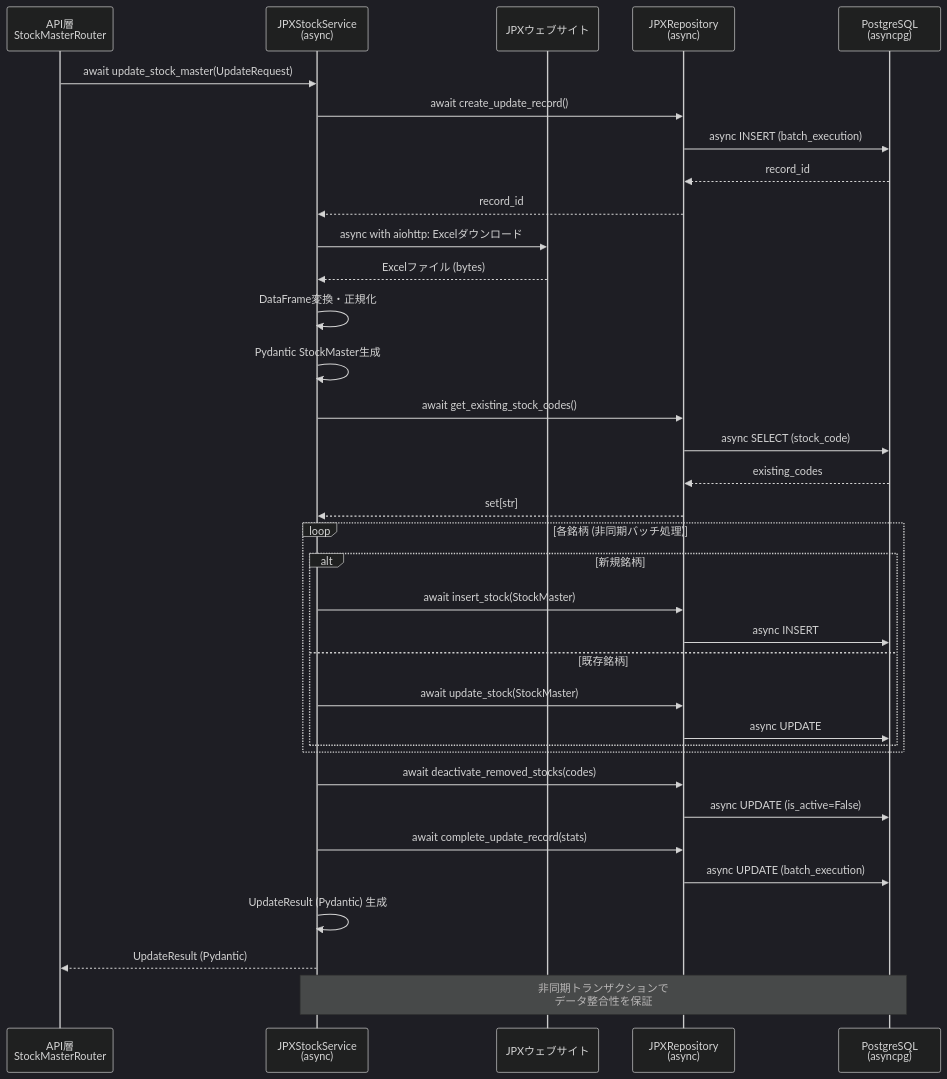
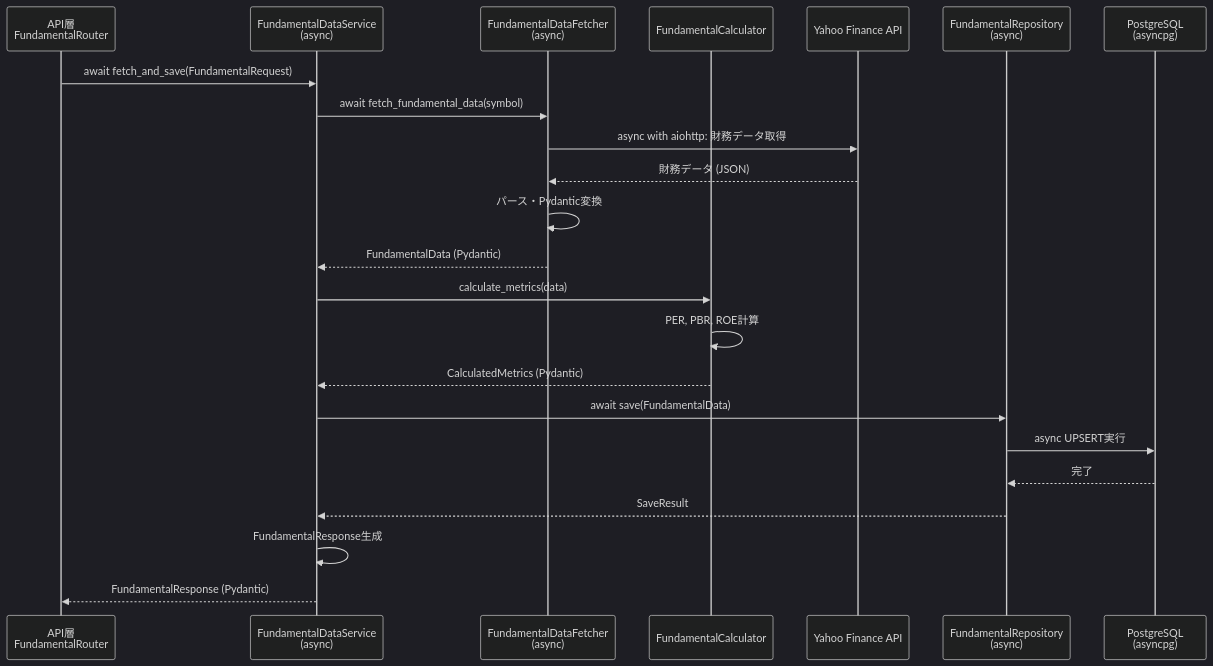
Before and after one commit to TIMMY-WEST/STOCK-INVESTMENT-ANALYZER: diagram 11 of 13 in docs/architecture/layers/service_layer.md, drawn with Mermaid (dark theme). The commit also changed other lines of this file, not shown here.

````diff
--- a/docs/architecture/layers/service_layer.md
+++ b/docs/architecture/layers/service_layer.md
@@ -683,47 +954,30 @@
 ```mermaid
 sequenceDiagram
-    participant API as API層<br/>StockMasterRouter
-    participant Service as JPXStockService<br/>(async)
-    participant JPXWeb as JPXウェブサイト
-    participant Repo as JPXRepository<br/>(async)
+    participant API as API層<br/>FundamentalRouter
+    participant Service as FundamentalDataService<br/>(async)
+    participant Fetcher as FundamentalDataFetcher<br/>(async)
+    participant Calc as FundamentalCalculator
+    participant YFinance as Yahoo Finance API
+    participant Repo as FundamentalRepository<br/>(async)
     participant DB as PostgreSQL<br/>(asyncpg)
 
-    API->>Service: await update_stock_master(UpdateRequest)
+    API->>Service: await fetch_and_save(FundamentalRequest)
 
-    Service->>Repo: await create_update_record()
-    Repo->>DB: async INSERT (batch_execution)
-    DB-->>Repo: record_id
-    Repo-->>Service: record_id
+    Service->>Fetcher: await fetch_fundamental_data(symbol)
+    Fetcher->>YFinance: async with aiohttp: 財務データ取得
+    YFinance-->>Fetcher: 財務データ (JSON)
+    Fetcher->>Fetcher: パース・Pydantic変換
+    Fetcher-->>Service: FundamentalData (Pydantic)
 
-    Service->>JPXWeb: async with aiohttp: Excelダウンロード
-    JPXWeb-->>Service: Excelファイル (bytes)
+    Service->>Calc: calculate_metrics(data)
+    Calc->>Calc: PER, PBR, ROE計算
+    Calc-->>Service: CalculatedMetrics (Pydantic)
 
-    Service->>Service: DataFrame変換・正規化
-    Service->>Service: Pydantic StockMaster生成
+    Service->>Repo: await save(FundamentalData)
+    Repo->>DB: async UPSERT実行
+    DB-->>Repo: 完了
+    Repo-->>Service: SaveResult
 
-    Service->>Repo: await get_existing_stock_codes()
-    Repo->>DB: async SELECT (stock_code)
-    DB-->>Repo: existing_codes
-    Repo-->>Service: set[str]
-
-    loop 各銘柄 (非同期バッチ処理)
-        alt 新規銘柄
-            Service->>Repo: await insert_stock(StockMaster)
-            Repo->>DB: async INSERT
-        else 既存銘柄
-            Service->>Repo: await update_stock(StockMaster)
-            Repo->>DB: async UPDATE
-        end
-    end
-
-    Service->>Repo: await deactivate_removed_stocks(codes)
-    Repo->>DB: async UPDATE (is_active=False)
-
-    Service->>Repo: await complete_update_record(stats)
-    Repo->>DB: async UPDATE (batch_execution)
-
-    Service->>Service: UpdateResult (Pydantic) 生成
-    Service-->>API: UpdateResult (Pydantic)
-
-    Note over Service,DB: 非同期トランザクションで<br/>データ整合性を保証
+    Service->>Service: FundamentalResponse生成
+    Service-->>API: FundamentalResponse (Pydantic)
 ```
````
